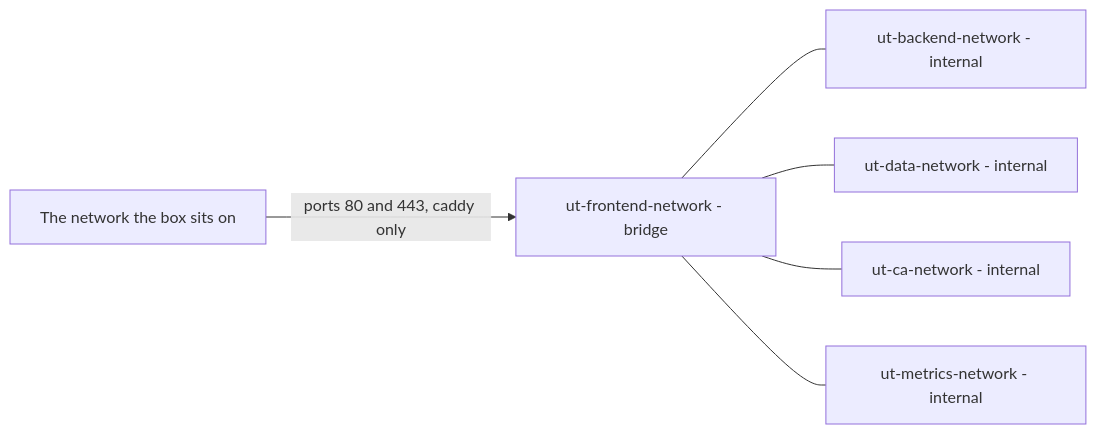
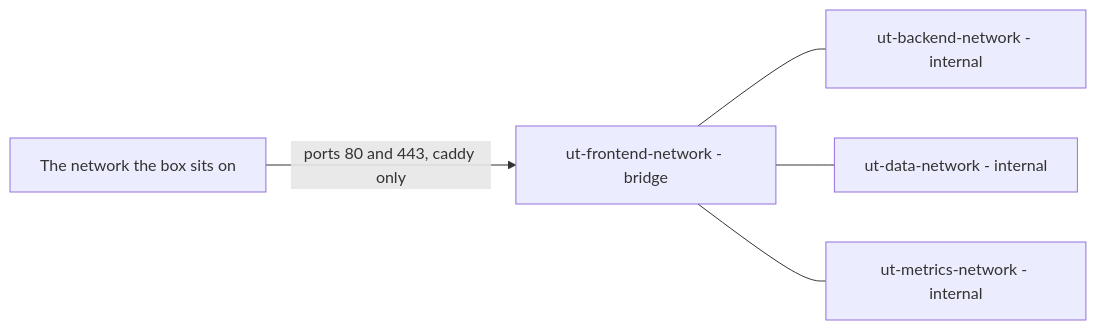
The second of 2 diagrams in docs/architecture.md (understand-tech/ai-in-a-box), drawn with Mermaid before and after one commit. The commit also changed other lines of this file and 8 other files, not shown here.

````diff
--- a/docs/architecture.md
+++ b/docs/architecture.md
@@ -60,14 +60,12 @@
 ```mermaid
 flowchart LR
     OUTSIDE["The network the box sits on"]
     FRONT["ut-frontend-network - bridge"]
     BACK["ut-backend-network - internal"]
     DATA["ut-data-network - internal"]
-    CA["ut-ca-network - internal"]
     METRICS["ut-metrics-network - internal"]
     OUTSIDE -->|"ports 80 and 443, caddy only"| FRONT
     FRONT --- BACK
     FRONT --- DATA
-    FRONT --- CA
     FRONT --- METRICS
 ```
````
